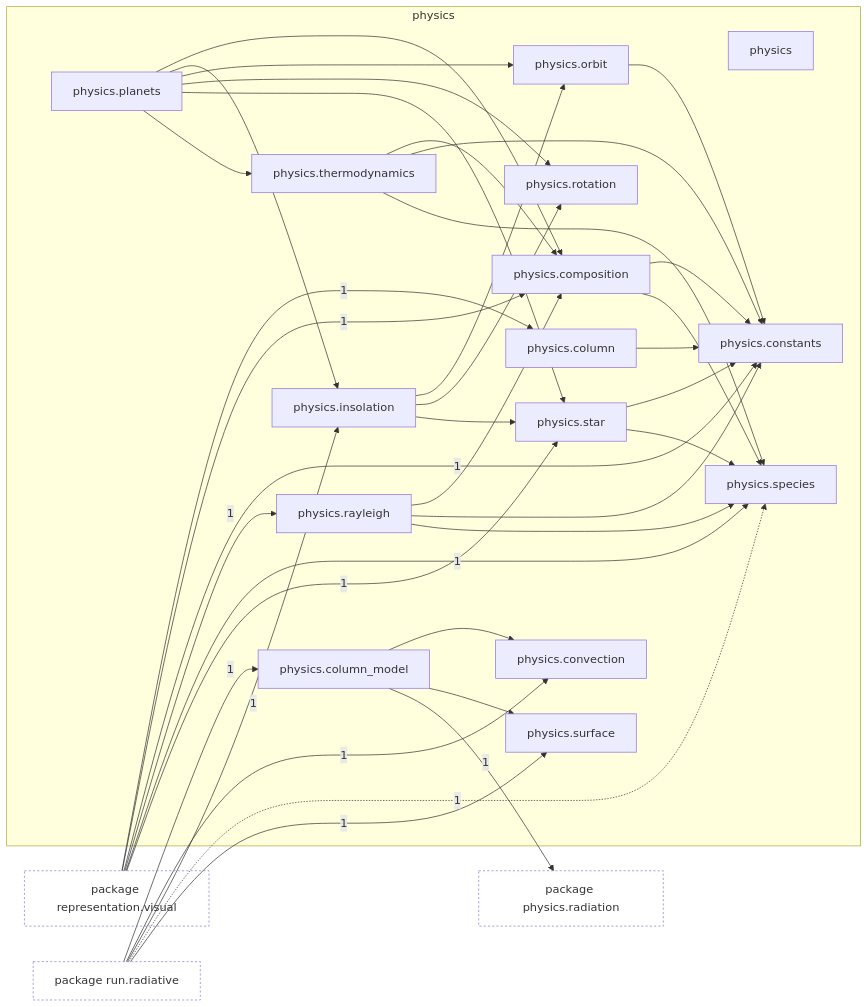
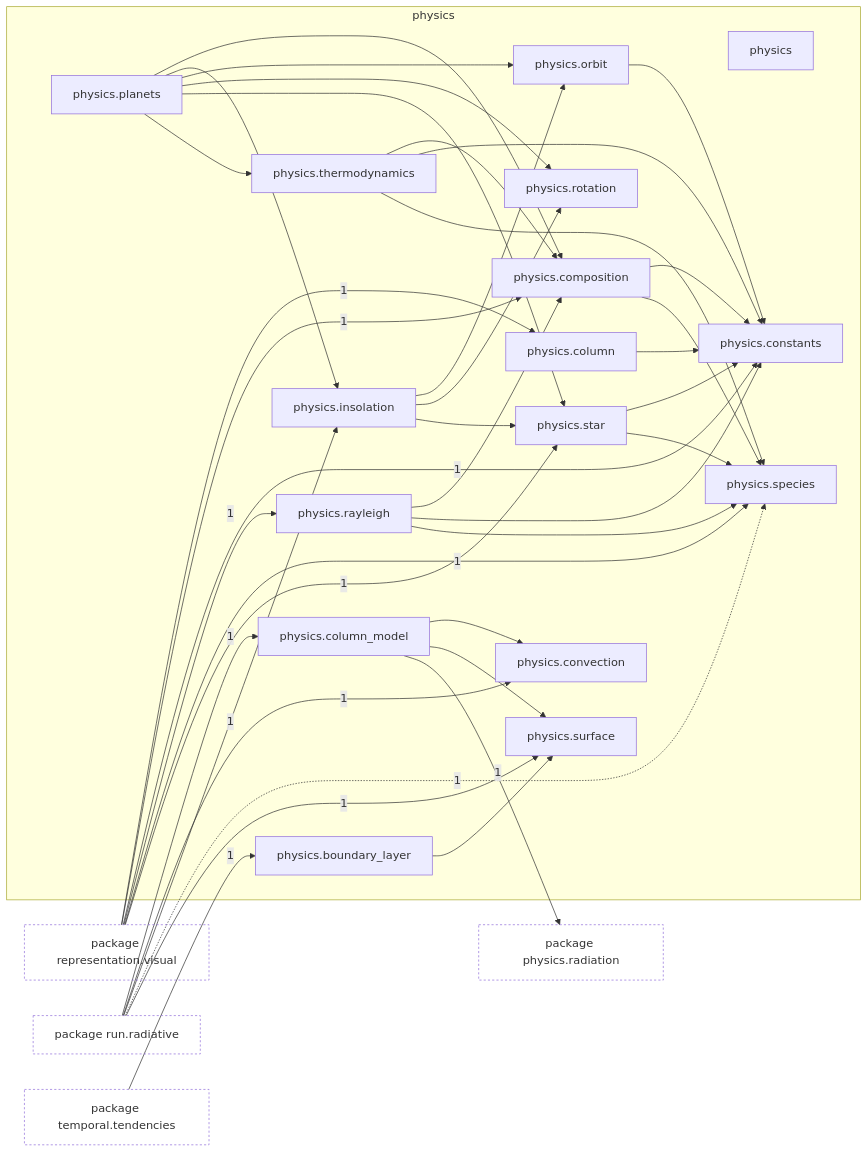
Before and after one commit to AlexandreEros/Palintropos: the first of 2 diagrams in docs/architecture/current/packages/tropoi.physics.md, drawn with Mermaid. The commit also changed other lines of this file and 17 other files, not shown here.

Commit message:
docs(architecture): refresh snapshot for the boundary-layer modules

````diff
--- a/docs/architecture/current/packages/tropoi.physics.md
+++ b/docs/architecture/current/packages/tropoi.physics.md
@@ -33,64 +34,69 @@
 ```mermaid
 %% Generated by tools.architecture 2.3.0. Do not edit by hand.
 %% Modules of tropoi.physics with imports in and out
 flowchart LR
     subgraph g_tropoi_ophysics["physics"]
         n_tropoi_ophysics["physics"]
+        n_tropoi_ophysics_oboundary__layer["physics.boundary#95;layer"]
         n_tropoi_ophysics_ocolumn["physics.column"]
         n_tropoi_ophysics_ocolumn__model["physics.column#95;model"]
         n_tropoi_ophysics_ocomposition["physics.composition"]
         n_tropoi_ophysics_oconstants["physics.constants"]
         n_tropoi_ophysics_oconvection["physics.convection"]
         n_tropoi_ophysics_oinsolation["physics.insolation"]
         n_tropoi_ophysics_oorbit["physics.orbit"]
         n_tropoi_ophysics_oplanets["physics.planets"]
         n_tropoi_ophysics_orayleigh["physics.rayleigh"]
         n_tropoi_ophysics_orotation["physics.rotation"]
         n_tropoi_ophysics_ospecies["physics.species"]
         n_tropoi_ophysics_ostar["physics.star"]
         n_tropoi_ophysics_osurface["physics.surface"]
         n_tropoi_ophysics_othermodynamics["physics.thermodynamics"]
     end
     p_tropoi_ophysics_oradiation["package physics.radiation"]
     p_tropoi_orepresentation_ovisual["package representation.visual"]
     p_tropoi_orun_oradiative["package run.radiative"]
+    p_tropoi_otemporal_otendencies["package temporal.tendencies"]
+    n_tropoi_ophysics_oboundary__layer --> n_tropoi_ophysics_osurface
     n_tropoi_ophysics_ocolumn --> n_tropoi_ophysics_oconstants
     n_tropoi_ophysics_ocolumn__model --> n_tropoi_ophysics_oconvection
     n_tropoi_ophysics_ocolumn__model --> n_tropoi_ophysics_osurface
     n_tropoi_ophysics_ocomposition --> n_tropoi_ophysics_oconstants
     n_tropoi_ophysics_ocomposition --> n_tropoi_ophysics_ospecies
     n_tropoi_ophysics_oinsolation --> n_tropoi_ophysics_oorbit
     n_tropoi_ophysics_oinsolation --> n_tropoi_ophysics_orotation
     n_tropoi_ophysics_oinsolation --> n_tropoi_ophysics_ostar
     n_tropoi_ophysics_oorbit --> n_tropoi_ophysics_oconstants
     n_tropoi_ophysics_oplanets --> n_tropoi_ophysics_ocomposition
     n_tropoi_ophysics_oplanets --> n_tropoi_ophysics_oinsolation
     n_tropoi_ophysics_oplanets --> n_tropoi_ophysics_oorbit
     n_tropoi_ophysics_oplanets --> n_tropoi_ophysics_orotation
     n_tropoi_ophysics_oplanets --> n_tropoi_ophysics_ostar
     n_tropoi_ophysics_oplanets --> n_tropoi_ophysics_othermodynamics
     n_tropoi_ophysics_orayleigh --> n_tropoi_ophysics_ocomposition
     n_tropoi_ophysics_orayleigh --> n_tropoi_ophysics_oconstants
     n_tropoi_ophysics_orayleigh --> n_tropoi_ophysics_ospecies
     n_tropoi_ophysics_ostar --> n_tropoi_ophysics_oconstants
     n_tropoi_ophysics_ostar --> n_tropoi_ophysics_ospecies
     n_tropoi_ophysics_othermodynamics --> n_tropoi_ophysics_ocomposition
     n_tropoi_ophysics_othermodynamics --> n_tropoi_ophysics_oconstants
     n_tropoi_ophysics_othermodynamics --> n_tropoi_ophysics_ospecies
     p_tropoi_orepresentation_ovisual -->|1| n_tropoi_ophysics_ocolumn
     p_tropoi_orepresentation_ovisual -->|1| n_tropoi_ophysics_ocomposition
     p_tropoi_orepresentation_ovisual -->|1| n_tropoi_ophysics_oconstants
     p_tropoi_orepresentation_ovisual -->|1| n_tropoi_ophysics_orayleigh
     p_tropoi_orepresentation_ovisual -->|1| n_tropoi_ophysics_ospecies
     p_tropoi_orepresentation_ovisual -->|1| n_tropoi_ophysics_ostar
     p_tropoi_orun_oradiative -->|1| n_tropoi_ophysics_ocolumn__model
     p_tropoi_orun_oradiative -->|1| n_tropoi_ophysics_oconvection
     p_tropoi_orun_oradiative -->|1| n_tropoi_ophysics_oinsolation
     p_tropoi_orun_oradiative -.->|1| n_tropoi_ophysics_ospecies
     p_tropoi_orun_oradiative -->|1| n_tropoi_ophysics_osurface
+    p_tropoi_otemporal_otendencies -->|1| n_tropoi_ophysics_oboundary__layer
     n_tropoi_ophysics_ocolumn__model -->|1| p_tropoi_ophysics_oradiation
     classDef other fill:none,stroke-dasharray:3 3
     class p_tropoi_ophysics_oradiation other
     class p_tropoi_orepresentation_ovisual other
     class p_tropoi_orun_oradiative other
+    class p_tropoi_otemporal_otendencies other
 ```
````
